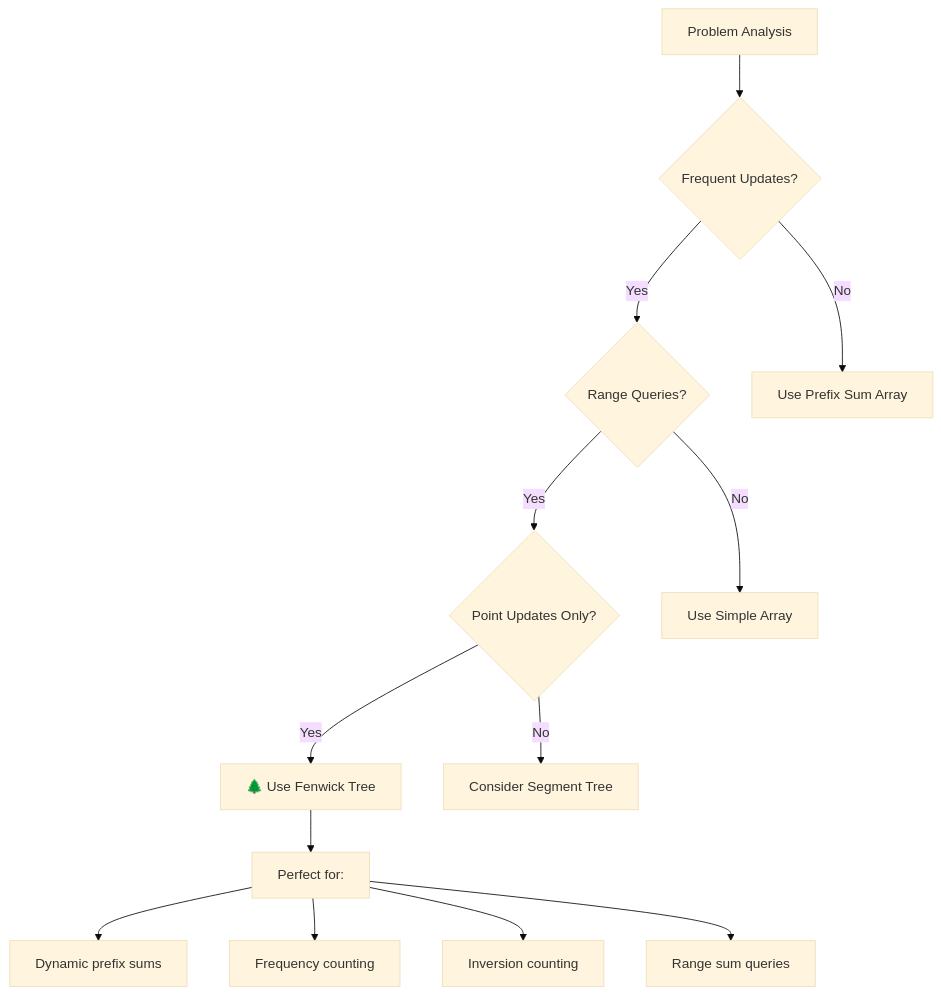
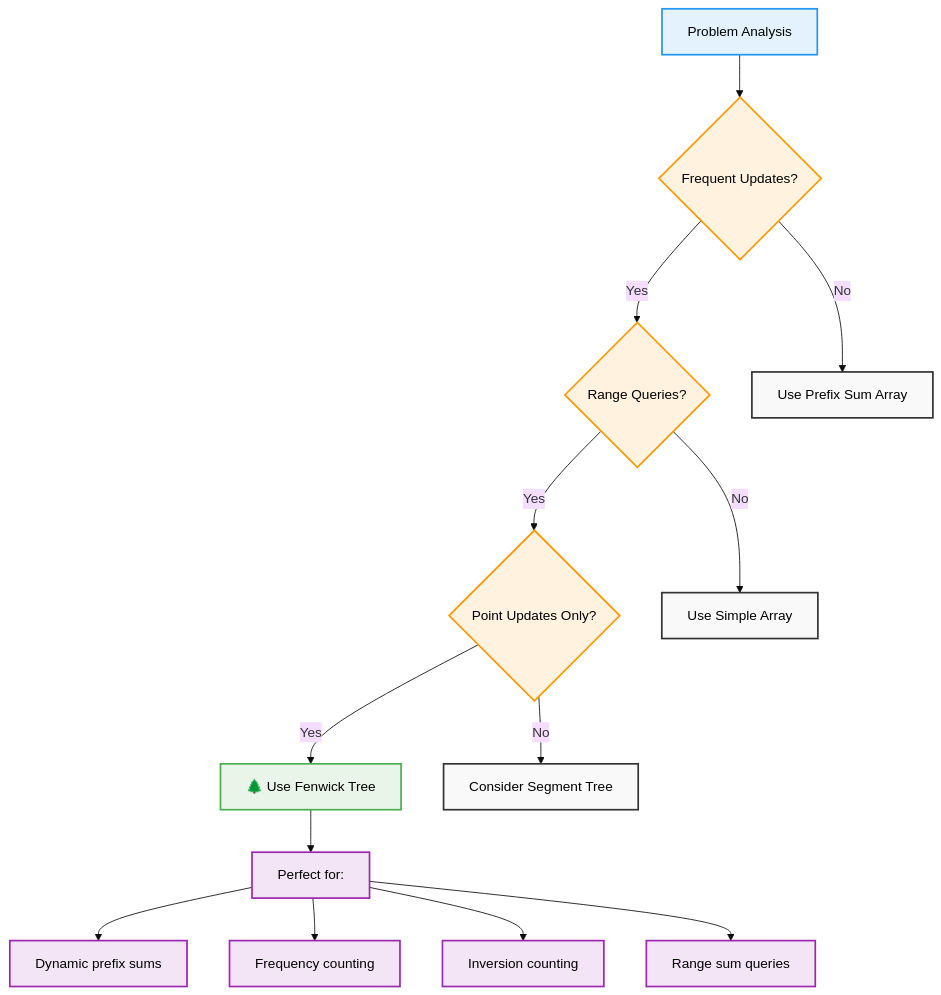
Before and after one commit to AbhishekGiri04/Algorithmics-Foundations: the second of 7 diagrams in concepts/fenwick-tree.md, drawn with Mermaid (base theme). The commit also changed other lines of this file, not shown here.

````diff
--- a/concepts/fenwick-tree.md
+++ b/concepts/fenwick-tree.md
@@ -64,18 +76,28 @@
 ```mermaid
 flowchart TD
     A["Problem Analysis"] --> B{"Frequent Updates?"}
     B -->|Yes| C{"Range Queries?"}
     B -->|No| D["Use Prefix Sum Array"]
     
     C -->|Yes| E{"Point Updates Only?"}
     C -->|No| F["Use Simple Array"]
     
     E -->|Yes| G["🌲 Use Fenwick Tree"]
     E -->|No| H["Consider Segment Tree"]
     
     G --> I["Perfect for:"]
     I --> J["Dynamic prefix sums"]
     I --> K["Frequency counting"]
     I --> L["Inversion counting"]
     I --> M["Range sum queries"]
+    
+    classDef default fill:#f9f9f9,stroke:#333,stroke-width:2px,color:#000
+    classDef analysis fill:#e3f2fd,stroke:#2196f3,stroke-width:2px,color:#000
+    classDef decision fill:#fff3e0,stroke:#ff9800,stroke-width:2px,color:#000
+    classDef solution fill:#e8f5e8,stroke:#4caf50,stroke-width:2px,color:#000
+    classDef applications fill:#f3e5f5,stroke:#9c27b0,stroke-width:2px,color:#000
+    class A analysis
+    class B,C,E decision
+    class G solution
+    class I,J,K,L,M applications
 ```
````
